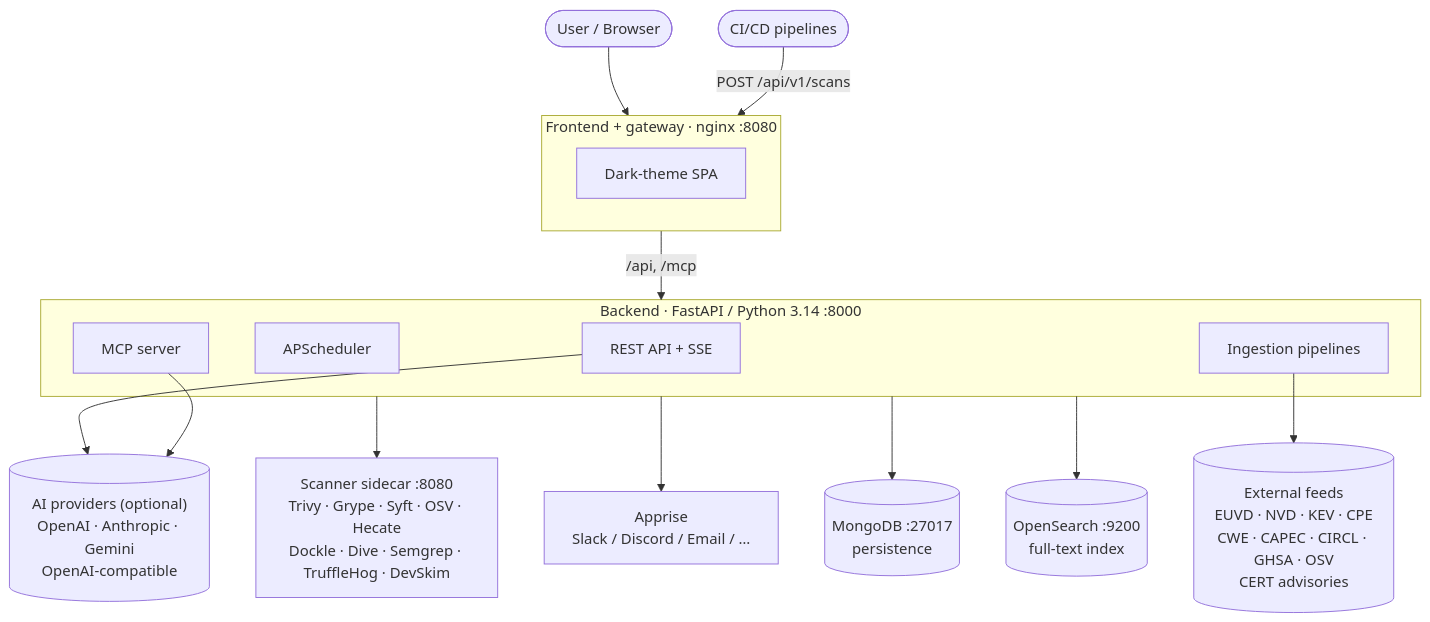
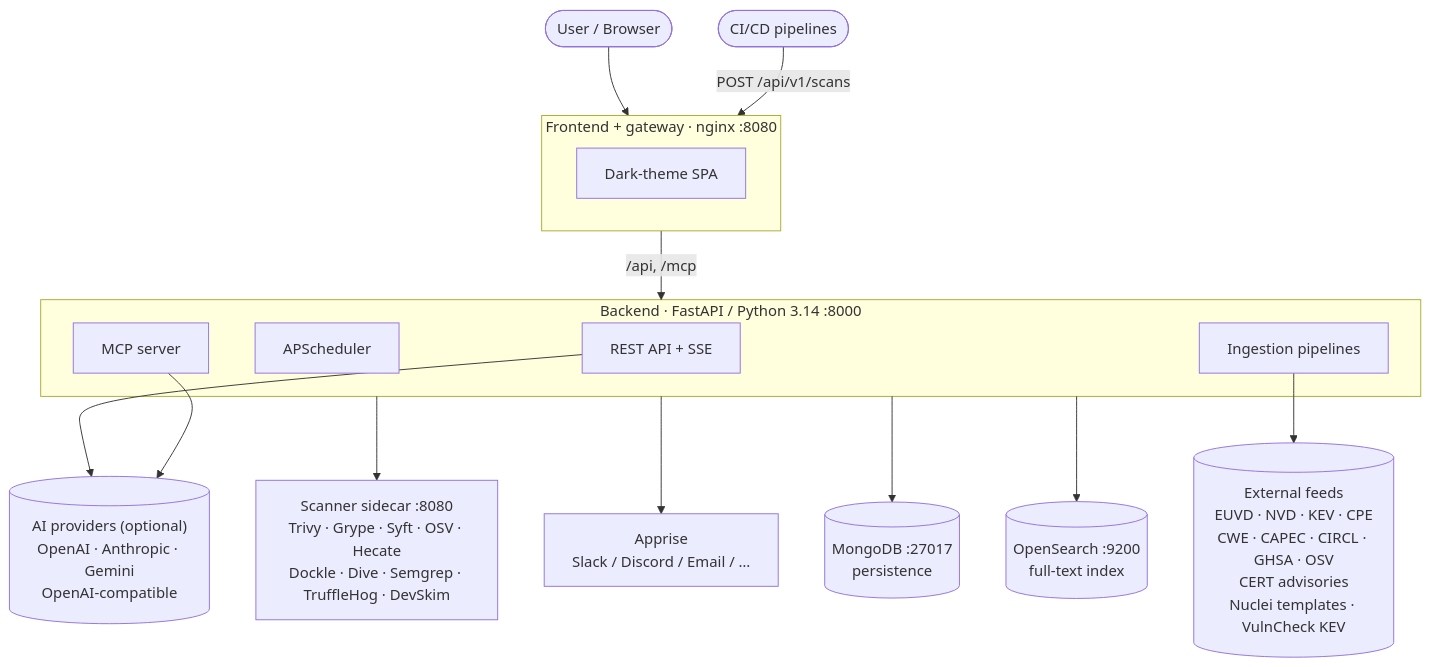
Before and after one commit to 0x3e4/hecate: the diagram in README.md, drawn with Mermaid. The commit also changed other lines of this file and 13 other files, not shown here.

````diff
--- a/README.md
+++ b/README.md
@@ -145,36 +145,36 @@
 ```mermaid
 flowchart TB
     User([User / Browser])
     CICD([CI/CD pipelines])
 
     subgraph Frontend["Frontend + gateway · nginx :8080"]
         SPA[Dark-theme SPA]
     end
 
     subgraph Backend["Backend · FastAPI / Python 3.14 :8000"]
         API[REST API + SSE]
         Scheduler[APScheduler]
         Pipelines[Ingestion pipelines]
         MCP[MCP server]
     end
 
     Scanner["Scanner sidecar :8080<br/>Trivy · Grype · Syft · OSV · Hecate<br/>Dockle · Dive · Semgrep · TruffleHog · DevSkim"]
     Apprise["Apprise<br/>Slack / Discord / Email / …"]
 
     Mongo[("MongoDB :27017<br/>persistence")]
     OS[("OpenSearch :9200<br/>full-text index")]
 
-    Feeds[("External feeds<br/>EUVD · NVD · KEV · CPE<br/>CWE · CAPEC · CIRCL · GHSA · OSV<br/>CERT advisories")]
+    Feeds[("External feeds<br/>EUVD · NVD · KEV · CPE<br/>CWE · CAPEC · CIRCL · GHSA · OSV<br/>CERT advisories<br/>Nuclei templates · VulnCheck KEV")]
     AI[("AI providers (optional)<br/>OpenAI · Anthropic · Gemini<br/>OpenAI-compatible")]
 
     User --> Frontend
     CICD -->|POST /api/v1/scans| Frontend
     Frontend -->|/api, /mcp| Backend
     Backend --> Scanner
     Backend --> Apprise
     Backend --> Mongo
     Backend --> OS
     Pipelines --> Feeds
     API --> AI
     MCP --> AI
 ```
````
